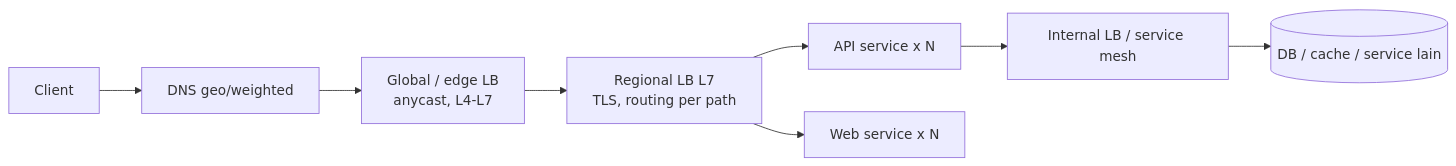
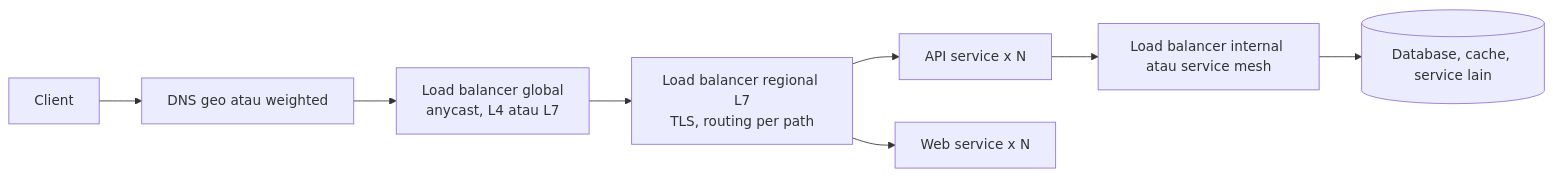
One commit to andreanpradanaa/sysdesign-lab changed the diagram in src/content/lessons/bagian-2/load-balancer.mdx. Above: the diagram before and after it, drawn with Mermaid. The commit also changed other lines of this file and 18 other files, not shown here.

````diff
--- a/src/content/lessons/bagian-2/load-balancer.mdx
+++ b/src/content/lessons/bagian-2/load-balancer.mdx
@@ -93,10 +93,10 @@
 ```mermaid
 flowchart LR
-  U[Client] --> DNS[DNS geo/weighted]
-  DNS --> GLB[Global / edge LB\nanycast, L4-L7]
-  GLB --> RLB[Regional LB L7\nTLS, routing per path]
+  U[Client] --> DNS[DNS geo atau weighted]
+  DNS --> GLB["Load balancer global\nanycast, L4 atau L7"]
+  GLB --> RLB["Load balancer regional L7\nTLS, routing per path"]
   RLB --> API[API service x N]
   RLB --> WEB[Web service x N]
-  API --> ILB[Internal LB / service mesh]
-  ILB --> DB[(DB / cache / service lain)]
+  API --> ILB[Load balancer internal atau service mesh]
+  ILB --> DB[("Database, cache, service lain")]
 ```
````
